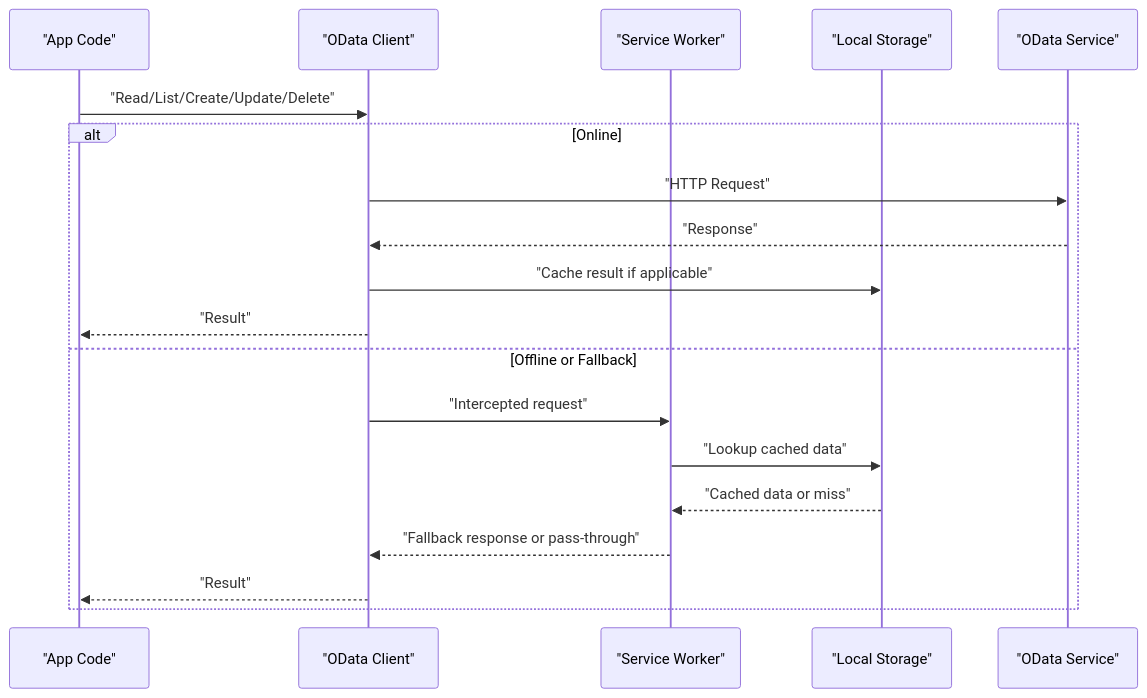
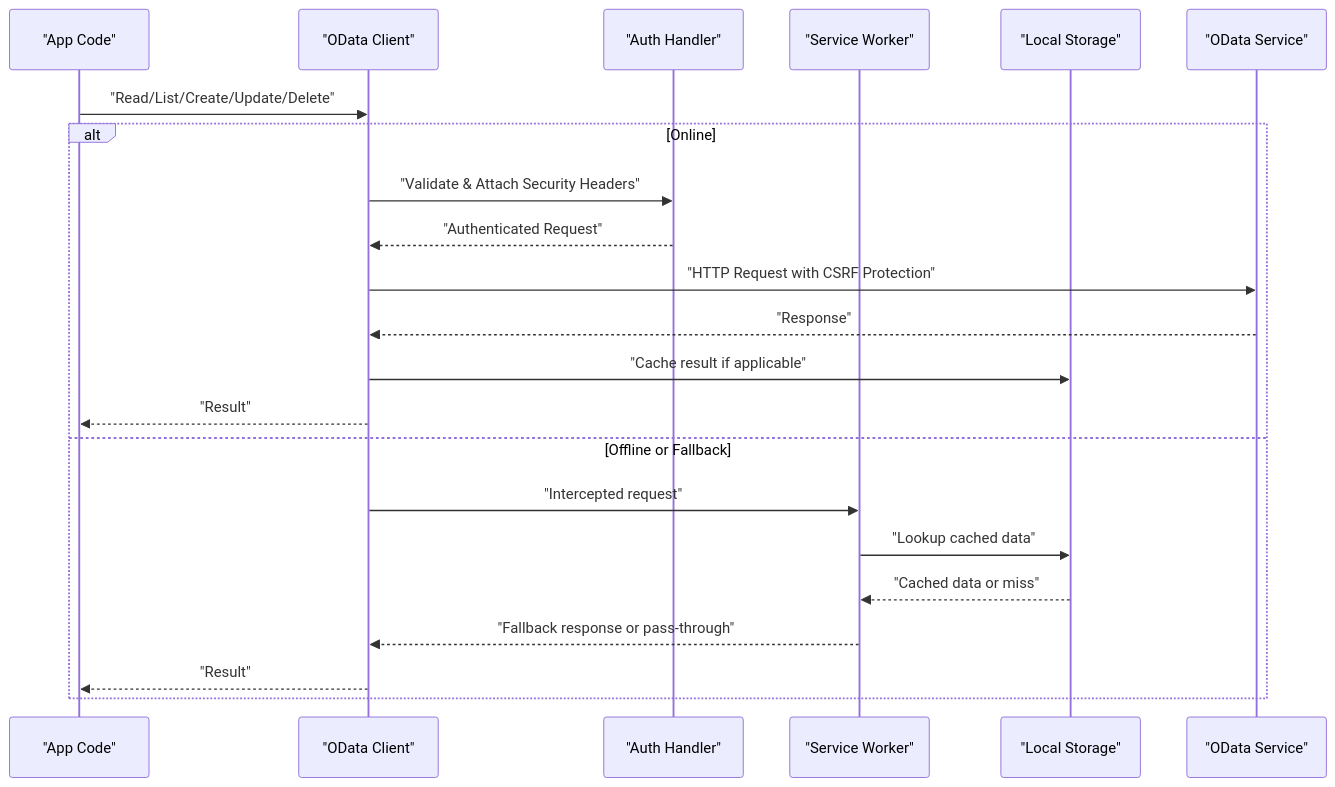
One commit to weiserman/ahm-gr-scanner-light-mode changed the second of 5 diagrams in .qoder/repowiki/en/content/Data Management/OData Integration.md. Above: the diagram before and after it, drawn with Mermaid. The commit also changed other lines of this file and 6 other files, not shown here.

````diff
--- a/.qoder/repowiki/en/content/Data Management/OData Integration.md
+++ b/.qoder/repowiki/en/content/Data Management/OData Integration.md
@@ -88,21 +100,24 @@
 ```mermaid
 sequenceDiagram
 participant App as "App Code"
 participant OData as "OData Client"
+participant Auth as "Auth Handler"
 participant SW as "Service Worker"
 participant Cache as "Local Storage"
 participant Server as "OData Service"
 App->>OData : "Read/List/Create/Update/Delete"
 alt Online
-OData->>Server : "HTTP Request"
+OData->>Auth : "Validate & Attach Security Headers"
+Auth-->>OData : "Authenticated Request"
+OData->>Server : "HTTP Request with CSRF Protection"
 Server-->>OData : "Response"
 OData->>Cache : "Cache result if applicable"
 OData-->>App : "Result"
 else Offline or Fallback
 OData->>SW : "Intercepted request"
 SW->>Cache : "Lookup cached data"
 Cache-->>SW : "Cached data or miss"
 SW-->>OData : "Fallback response or pass-through"
 OData-->>App : "Result"
 end
 ```
````
